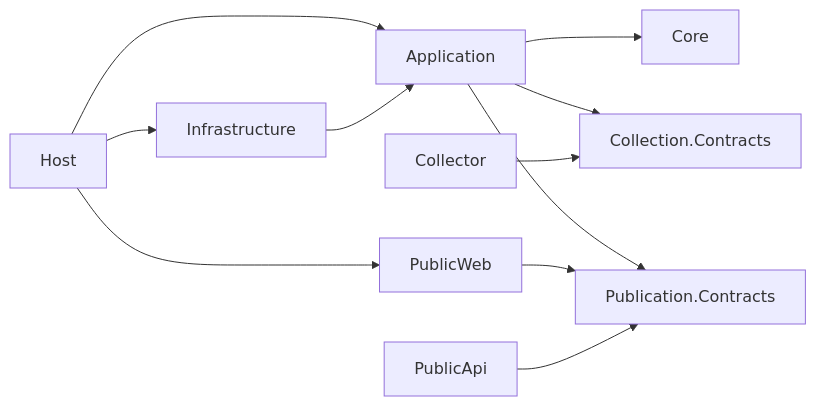
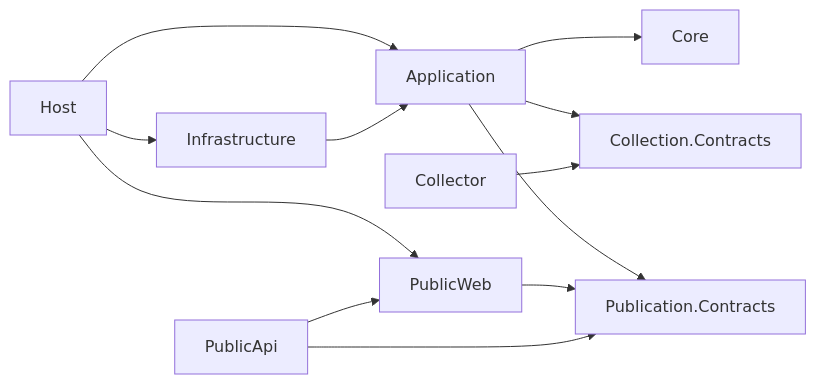
Before and after one commit to young-kobe/civic-lens: the second of 2 diagrams in docs/architecture.md, drawn with Mermaid. The commit also changed other lines of this file and 21 other files, not shown here.

````diff
--- a/docs/architecture.md
+++ b/docs/architecture.md
@@ -105,22 +105,23 @@
 ```mermaid
 flowchart LR
     host["Host"]
     infra["Infrastructure"]
     app["Application"]
     core["Core"]
     cc["Collection.Contracts"]
     pc["Publication.Contracts"]
     web["PublicWeb"]
     api["PublicApi"]
     collector["Collector"]
     host --> app
     host --> infra
     host --> web
     infra --> app
     app --> core
     app --> cc
     app --> pc
     collector --> cc
     web --> pc
     api --> pc
+    api --> web
 ```
````
